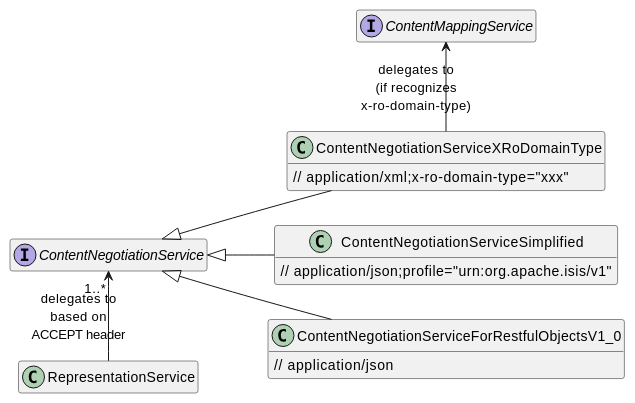
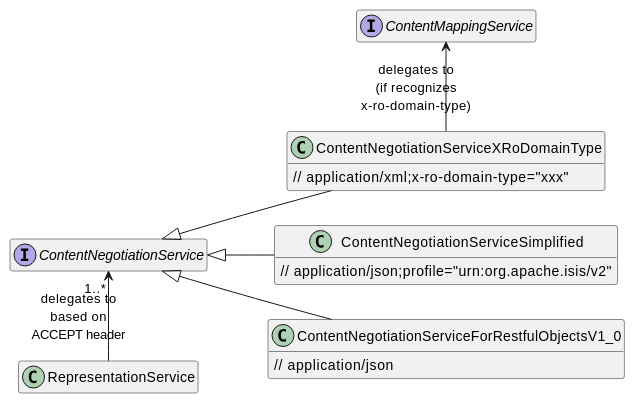
Before and after one commit to apache/causeway: the diagram in viewers/restfulobjects/adoc/modules/ROOT/pages/content-negotiation.adoc, drawn with PlantUML. The commit also changed other lines of this file and 40 other files, not shown here.

```diff
--- a/viewers/restfulobjects/adoc/modules/ROOT/pages/content-negotiation.adoc
+++ b/viewers/restfulobjects/adoc/modules/ROOT/pages/content-negotiation.adoc
@@ -67,28 +67,28 @@
 [plantuml]
 ----
 hide empty members
 left to right direction
 'skinparam linetype ortho
 
 class RepresentationService {}
 
 interface ContentNegotiationService {
 }
 class ContentNegotiationServiceSimplified {
-    // application/json;profile="urn:org.apache.isis/v1"
+    // application/json;profile="urn:org.apache.isis/v2"
 }
 class ContentNegotiationServiceXRoDomainType {
     // application/xml;x-ro-domain-type="xxx"
 }
 class ContentNegotiationServiceForRestfulObjectsV1_0 {
     // application/json
 }
 interface ContentMappingService {}
 
 ContentNegotiationServiceXRoDomainType -l-> ContentMappingService : "delegates to\n(if recognizes\nx-ro-domain-type)"
 ContentNegotiationService ^-d- ContentNegotiationServiceForRestfulObjectsV1_0
 ContentNegotiationService ^-d- ContentNegotiationServiceXRoDomainType
 ContentNegotiationService ^-d- ContentNegotiationServiceSimplified
 
 RepresentationService -l-> "1..*" ContentNegotiationService : delegates to\nbased on\nACCEPT header
 ----
```
